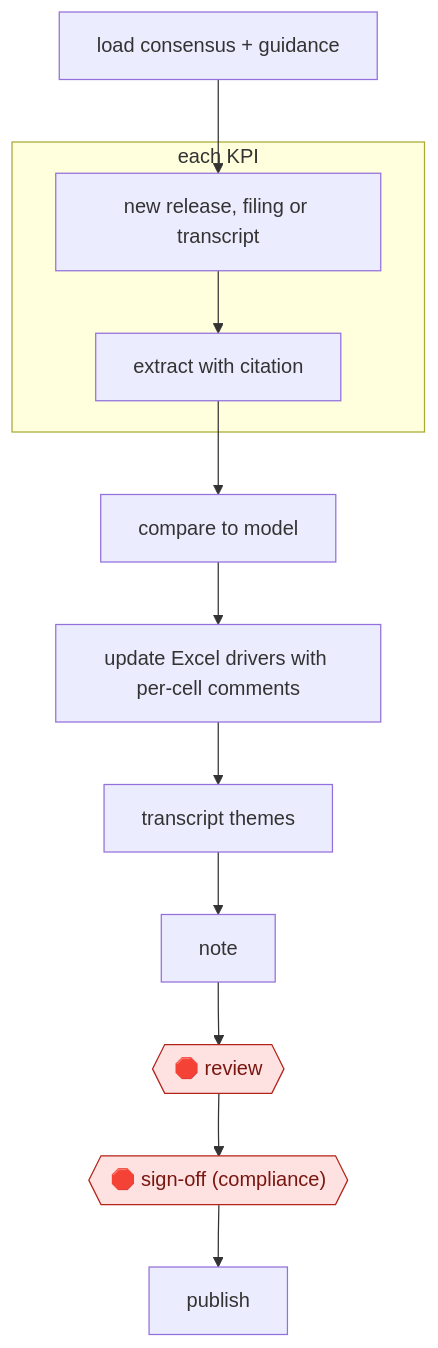
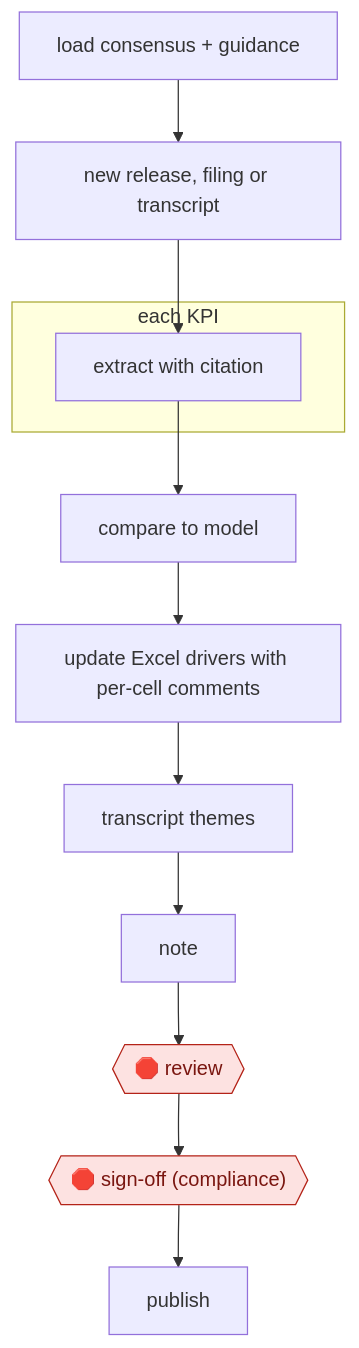
Before and after one commit to milesradford99/agent-workflow-atlas: the diagram in workflows/PRO/FIN/INVEST/event-driven-model-update/README.md, drawn with Mermaid. The commit also changed other lines of this file and 171 other files, not shown here.

````diff
--- a/workflows/PRO/FIN/INVEST/event-driven-model-update/README.md
+++ b/workflows/PRO/FIN/INVEST/event-driven-model-update/README.md
@@ -30,25 +30,25 @@
 ```mermaid
 flowchart TD
   n1["load consensus + guidance"]
   n2["new release, filing or transcript"]
-  n1 --> n2
   subgraph s3["each KPI"]
   n4["extract with citation"]
-  n2 --> n4
   end
   n5["compare to model"]
+  n6["update Excel drivers with per-cell comments"]
+  n7["transcript themes"]
+  n8["note"]
+  n9{{"🛑 review"}}:::stop
+  n10{{"🛑 sign-off (compliance)"}}:::stop
+  n11["publish"]
+  n1 --> n2
+  n2 --> n4
   n4 --> n5
-  n6["update Excel drivers with per-cell comments"]
   n5 --> n6
-  n7["transcript themes"]
   n6 --> n7
-  n8["note"]
   n7 --> n8
-  n9{{"🛑 review"}}:::stop
   n8 --> n9
-  n10{{"🛑 sign-off (compliance)"}}:::stop
   n9 --> n10
-  n11["publish"]
   n10 --> n11
   classDef stop fill:#fde2e1,stroke:#b42318,color:#7a1610
 ```
````
